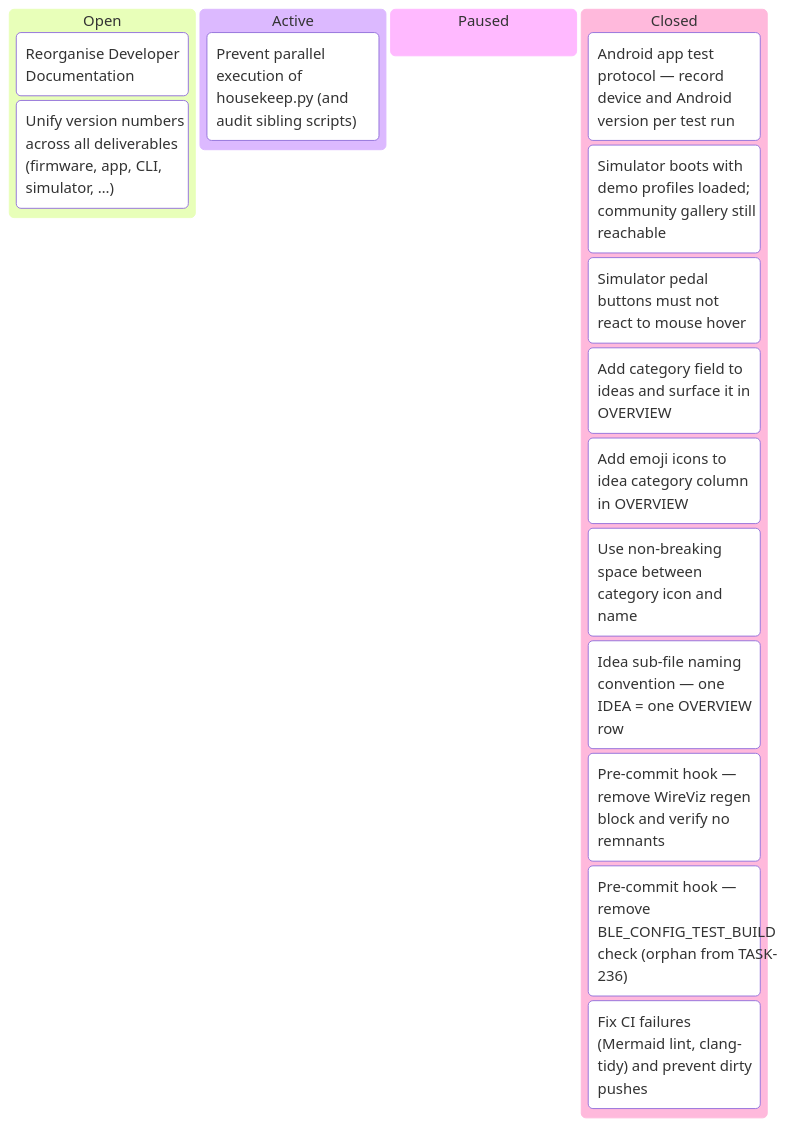
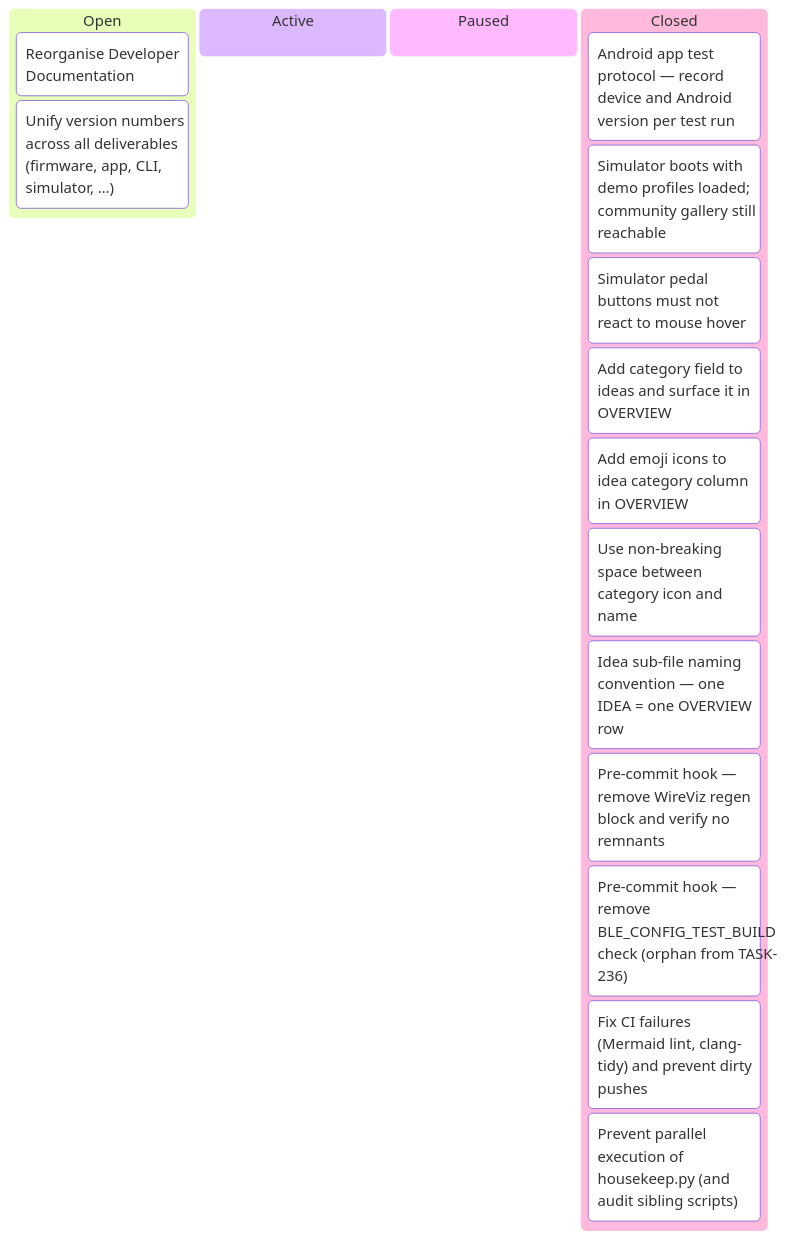
The seventh of 7 diagrams in docs/developers/tasks/KANBAN.md (tgd1975/AwesomeStudioPedal), drawn with Mermaid before and after one commit. The commit also changed other lines of this file and 13 other files, not shown here.

````diff
--- a/docs/developers/tasks/KANBAN.md
+++ b/docs/developers/tasks/KANBAN.md
@@ -113,20 +113,20 @@
 ```mermaid
 kanban
   Open
     TASK_148["Reorganise Developer Documentation"]
     TASK_260["Unify version numbers across all deliverables (firmware, app, CLI, simulator, …)"]
   Active
-    TASK_328["Prevent parallel execution of housekeep.py (and audit sibling scripts)"]
   Paused
   Closed
     TASK_259["Android app test protocol — record device and Android version per test run"]
     TASK_303["Simulator boots with demo profiles loaded; community gallery still reachable"]
     TASK_304["Simulator pedal buttons must not react to mouse hover"]
     TASK_305["Add category field to ideas and surface it in OVERVIEW"]
     TASK_313["Add emoji icons to idea category column in OVERVIEW"]
     TASK_314["Use non-breaking space between category icon and name"]
     TASK_315["Idea sub-file naming convention — one IDEA = one OVERVIEW row"]
     TASK_319["Pre-commit hook — remove WireViz regen block and verify no remnants"]
     TASK_320["Pre-commit hook — remove BLE_CONFIG_TEST_BUILD check (orphan from TASK-236)"]
     TASK_321["Fix CI failures (Mermaid lint, clang-tidy) and prevent dirty pushes"]
+    TASK_328["Prevent parallel execution of housekeep.py (and audit sibling scripts)"]
 ```
````
